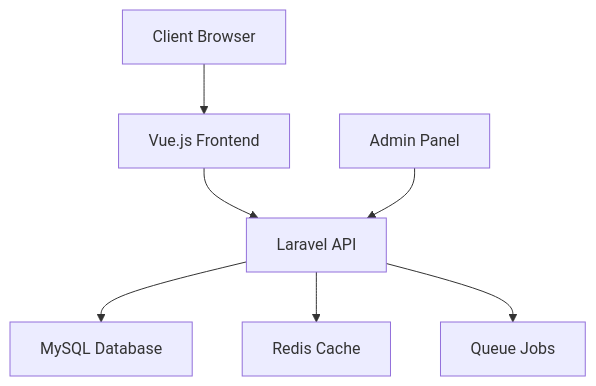
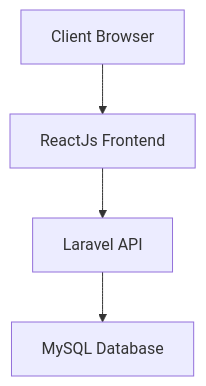
Before and after one commit to hoang192k4/datn: the diagram in README.md, drawn with Mermaid.

````diff
--- a/README.md
+++ b/README.md
@@ -143,9 +143,6 @@
 ```mermaid
 graph TB
-    A[Client Browser] --> B[Vue.js Frontend]
+    A[Client Browser] --> B[ReactJs Frontend]
     B --> C[Laravel API]
     C --> D[MySQL Database]
-    C --> E[Redis Cache]
-    C --> F[Queue Jobs]
-    G[Admin Panel] --> C
 ```
````
